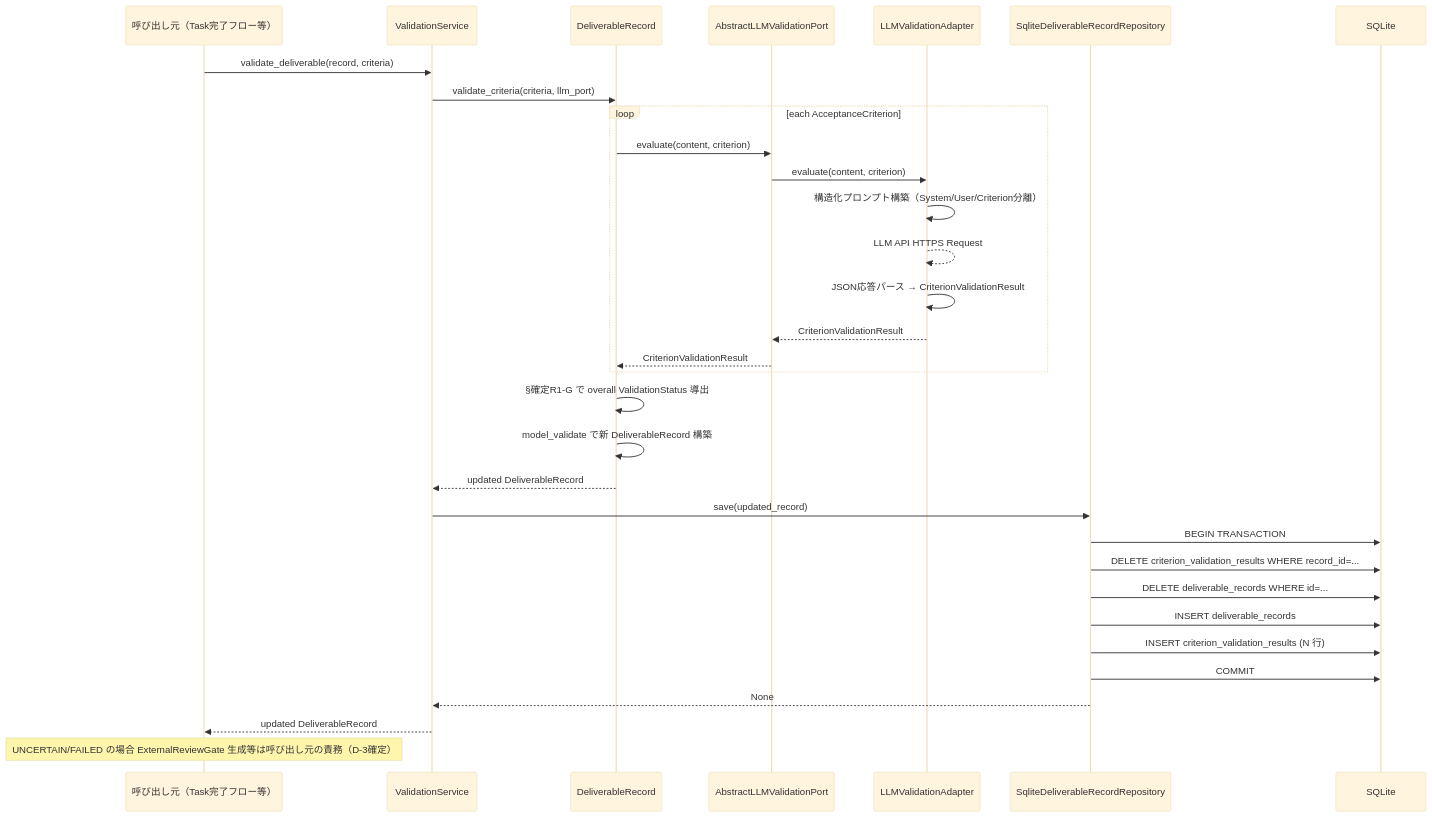
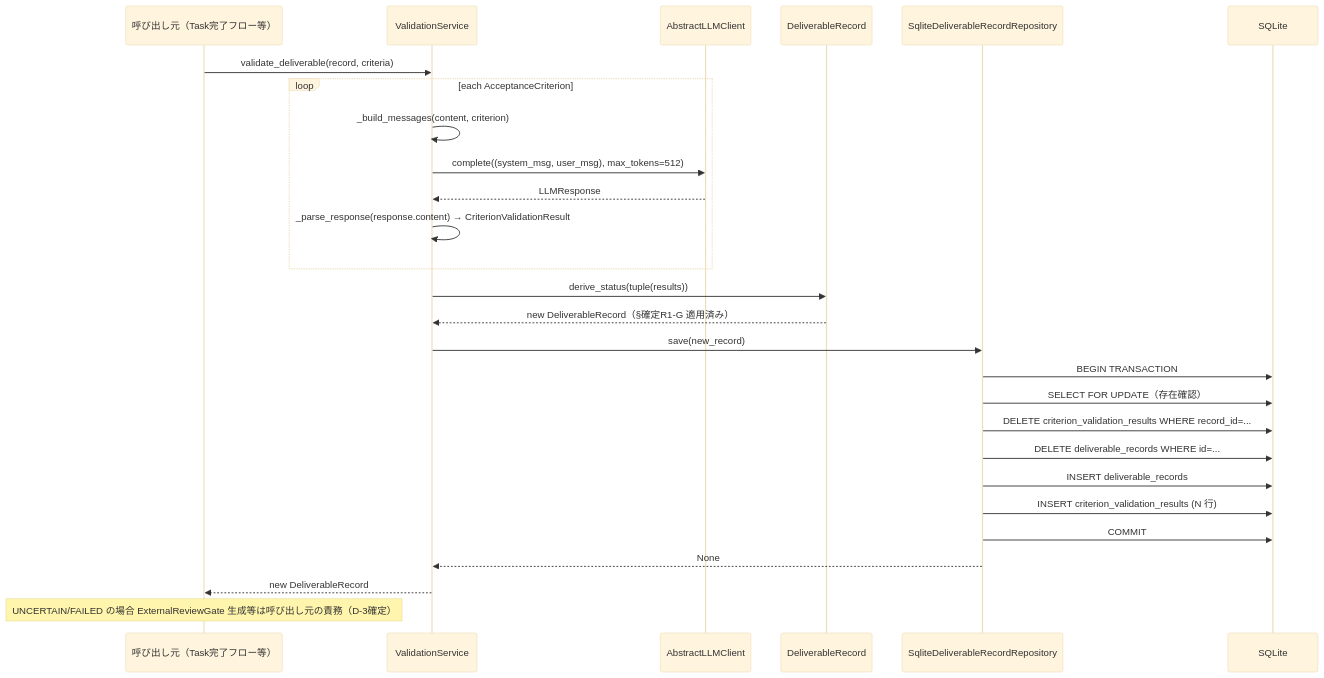
The second of 3 diagrams in docs/features/deliverable-template/ai-validation/basic-design.md (bakufu-dev/bakufu), drawn with Mermaid (base theme) before and after one commit. The commit also changed other lines of this file and 5 other files, not shown here.

````diff
--- a/docs/features/deliverable-template/ai-validation/basic-design.md
+++ b/docs/features/deliverable-template/ai-validation/basic-design.md
@@ -191,35 +196,30 @@
 ```mermaid
 sequenceDiagram
     participant Client as 呼び出し元（Task完了フロー等）
     participant VS as ValidationService
+    participant LLM as AbstractLLMClient
     participant DR as DeliverableRecord
-    participant Port as AbstractLLMValidationPort
-    participant Adapter as LLMValidationAdapter
     participant Repo as SqliteDeliverableRecordRepository
     participant DB as SQLite
 
     Client->>VS: validate_deliverable(record, criteria)
-    VS->>DR: validate_criteria(criteria, llm_port)
     loop each AcceptanceCriterion
-        DR->>Port: evaluate(content, criterion)
-        Port->>Adapter: evaluate(content, criterion)
-        Adapter->>Adapter: 構造化プロンプト構築（System/User/Criterion分離）
-        Adapter-->>Adapter: LLM API HTTPS Request
-        Adapter->>Adapter: JSON応答パース → CriterionValidationResult
-        Adapter-->>Port: CriterionValidationResult
-        Port-->>DR: CriterionValidationResult
+        VS->>VS: _build_messages(content, criterion)
+        VS->>LLM: complete((system_msg, user_msg), max_tokens=512)
+        LLM-->>VS: LLMResponse
+        VS->>VS: _parse_response(response.content) → CriterionValidationResult
     end
-    DR->>DR: §確定R1-G で overall ValidationStatus 導出
-    DR->>DR: model_validate で新 DeliverableRecord 構築
-    DR-->>VS: updated DeliverableRecord
-    VS->>Repo: save(updated_record)
+    VS->>DR: derive_status(tuple(results))
+    DR-->>VS: new DeliverableRecord（§確定R1-G 適用済み）
+    VS->>Repo: save(new_record)
     Repo->>DB: BEGIN TRANSACTION
+    Repo->>DB: SELECT FOR UPDATE（存在確認）
     Repo->>DB: DELETE criterion_validation_results WHERE record_id=...
     Repo->>DB: DELETE deliverable_records WHERE id=...
     Repo->>DB: INSERT deliverable_records
     Repo->>DB: INSERT criterion_validation_results (N 行)
     Repo->>DB: COMMIT
     Repo-->>VS: None
-    VS-->>Client: updated DeliverableRecord
+    VS-->>Client: new DeliverableRecord
     Note over Client: UNCERTAIN/FAILED の場合 ExternalReviewGate 生成等は呼び出し元の責務（D-3確定）
 ```
````
